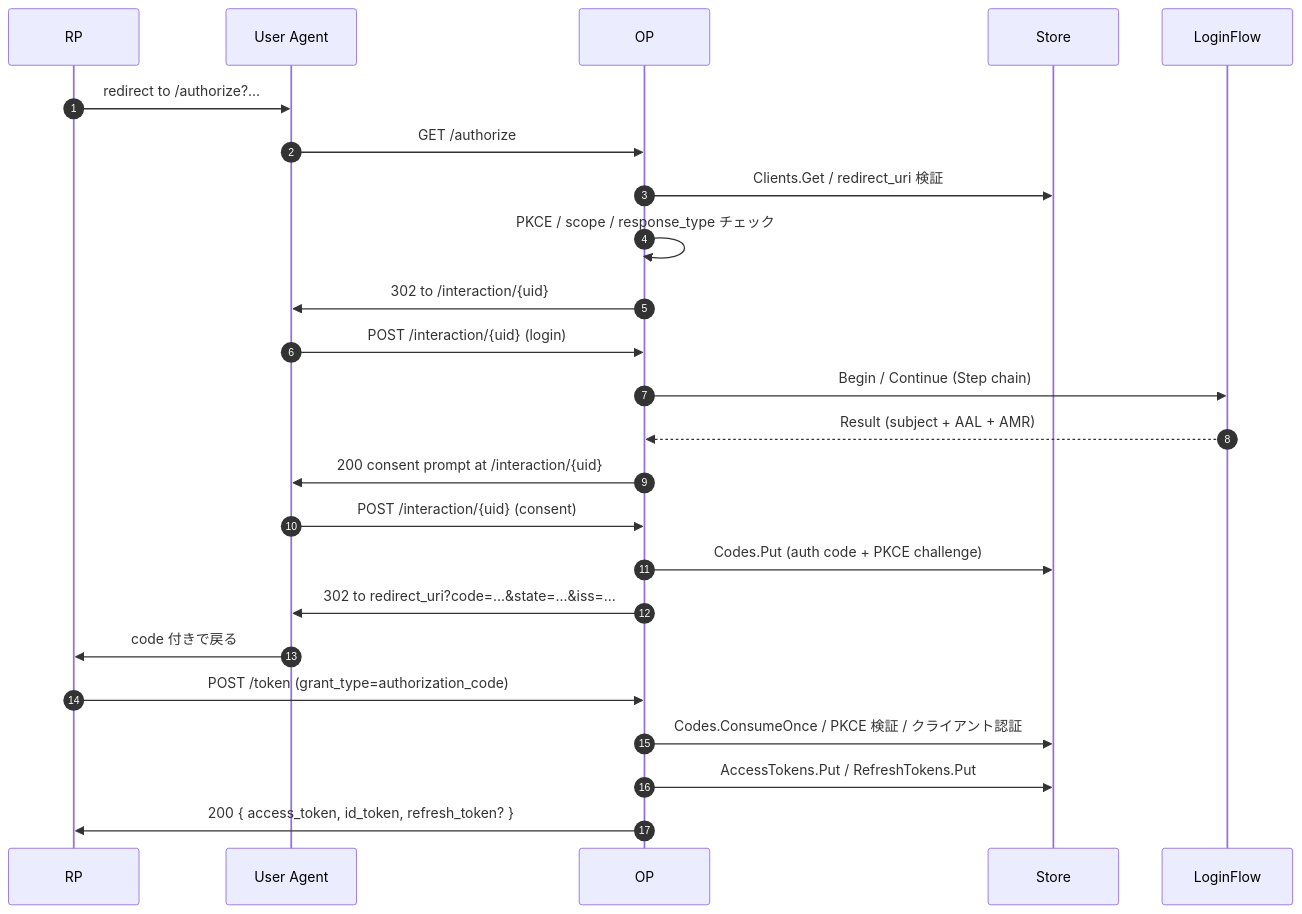
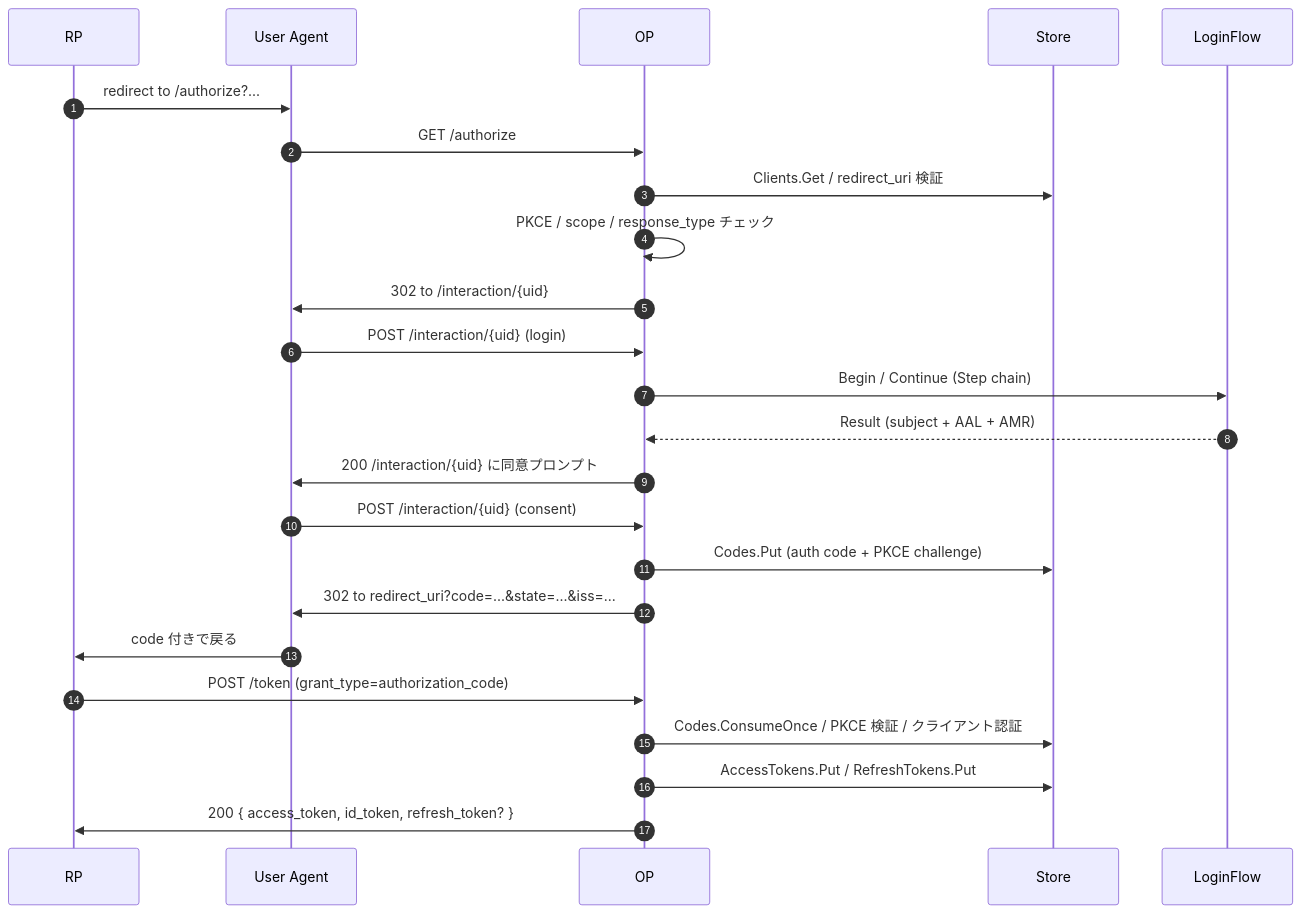
One commit to libraz/go-oidc-provider-homepage changed the second of 2 diagrams in src/ja/reference/architecture.md. Above: the diagram before and after it, drawn with Mermaid. The commit also changed other lines of this file and 36 other files, not shown here.

````diff
--- a/src/ja/reference/architecture.md
+++ b/src/ja/reference/architecture.md
@@ -87,27 +87,27 @@
 ```mermaid
 sequenceDiagram
   autonumber
   participant RP
   participant UA as User Agent
   participant OP
   participant Store
   participant LF as LoginFlow
 
   RP->>UA: redirect to /authorize?...
   UA->>OP: GET /authorize
   OP->>Store: Clients.Get / redirect_uri 検証
   OP->>OP: PKCE / scope / response_type チェック
   OP->>UA: 302 to /interaction/{uid}
   UA->>OP: POST /interaction/{uid} (login)
   OP->>LF: Begin / Continue (Step chain)
   LF-->>OP: Result (subject + AAL + AMR)
-  OP->>UA: 200 consent prompt at /interaction/{uid}
+  OP->>UA: 200 /interaction/{uid} に同意プロンプト
   UA->>OP: POST /interaction/{uid} (consent)
   OP->>Store: Codes.Put (auth code + PKCE challenge)
   OP->>UA: 302 to redirect_uri?code=...&state=...&iss=...
   UA->>RP: code 付きで戻る
   RP->>OP: POST /token (grant_type=authorization_code)
   OP->>Store: Codes.ConsumeOnce / PKCE 検証 / クライアント認証
   OP->>Store: AccessTokens.Put / RefreshTokens.Put
   OP->>RP: 200 { access_token, id_token, refresh_token? }
 ```
````
